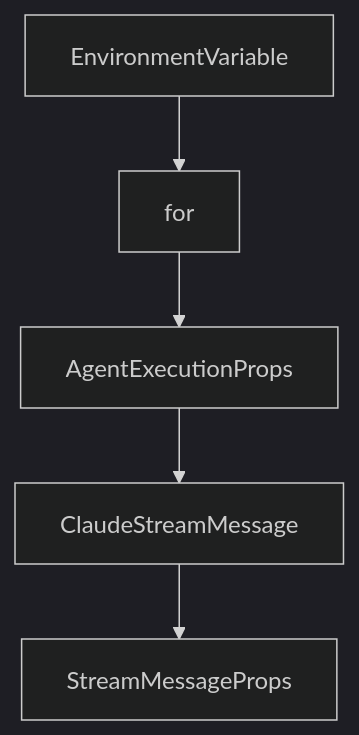
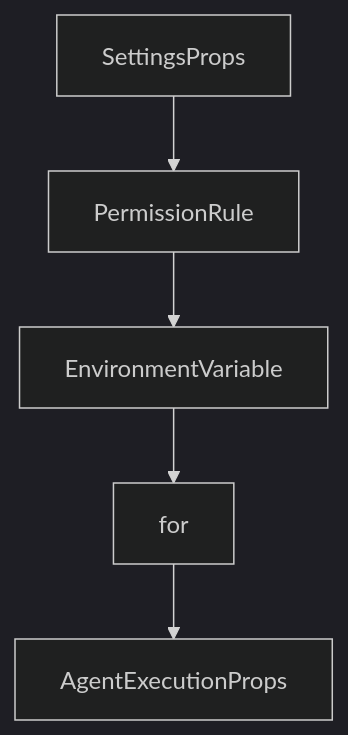
One commit to johnxie/awesome-code-docs changed the diagram in tutorials/opcode-tutorial/02-architecture-and-platform-stack.md. Above: the diagram before and after it, drawn with Mermaid (dark theme). The commit also changed other lines of this file and 1232 other files, not shown here.

````diff
--- a/tutorials/opcode-tutorial/02-architecture-and-platform-stack.md
+++ b/tutorials/opcode-tutorial/02-architecture-and-platform-stack.md
@@ -221,12 +219,12 @@
 ```mermaid
 flowchart TD
-    A[EnvironmentVariable]
-    B[for]
-    C[AgentExecutionProps]
-    D[ClaudeStreamMessage]
-    E[StreamMessageProps]
+    A[SettingsProps]
+    B[PermissionRule]
+    C[EnvironmentVariable]
+    D[for]
+    E[AgentExecutionProps]
     A --> B
     B --> C
     C --> D
     D --> E
 ```
````
